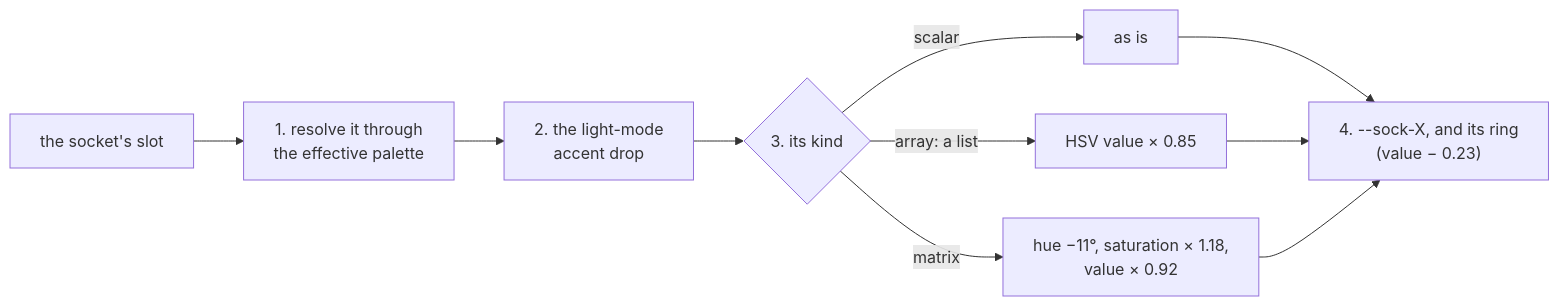
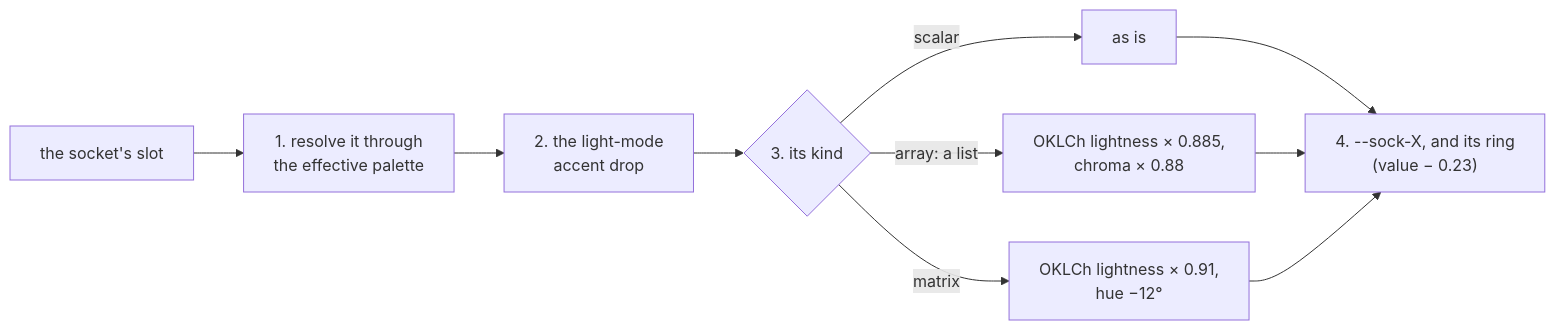
One commit to bubba8587/solenoid changed the second of 3 diagrams in tree/specs/canvas/palette-and-theme.md. Above: the diagram before and after it, drawn with Mermaid. The commit also changed other lines of this file and 8 other files, not shown here.

````diff
--- a/tree/specs/canvas/palette-and-theme.md
+++ b/tree/specs/canvas/palette-and-theme.md
@@ -68,12 +68,12 @@
 ```mermaid
 flowchart LR
     slot["the socket's slot"] --> r["1. resolve it through<br>the effective palette"]
     r --> drop["2. the light-mode<br>accent drop"]
     drop --> kind{"3. its kind"}
     kind -->|scalar| as["as is"]
-    kind -->|"array: a list"| arr["HSV value × 0.85"]
-    kind -->|matrix| mat["hue −11°, saturation × 1.18,<br>value × 0.92"]
+    kind -->|"array: a list"| arr["OKLCh lightness × 0.885,<br>chroma × 0.88"]
+    kind -->|matrix| mat["OKLCh lightness × 0.91,<br>hue −12°"]
     as --> out["4. --sock-X, and its ring<br>(value − 0.23)"]
     arr --> out
     mat --> out
 ```
````
